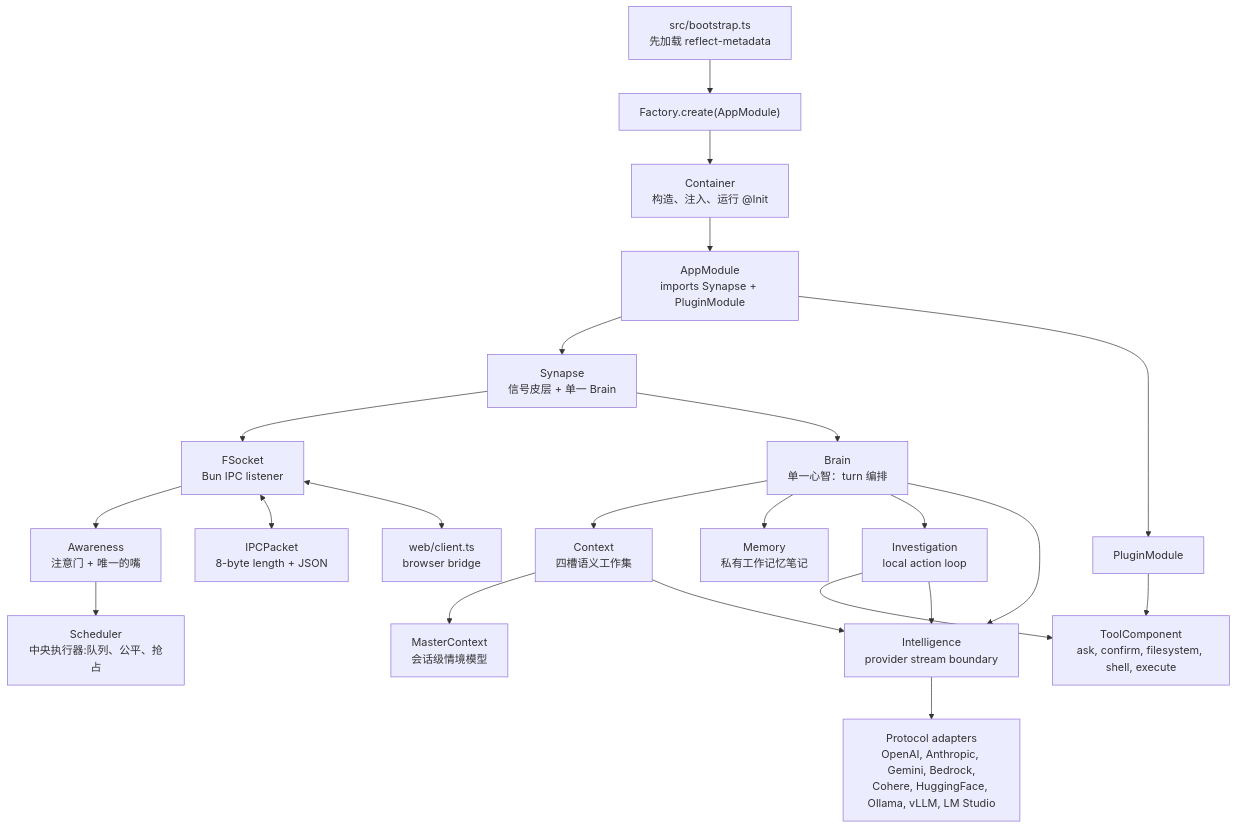
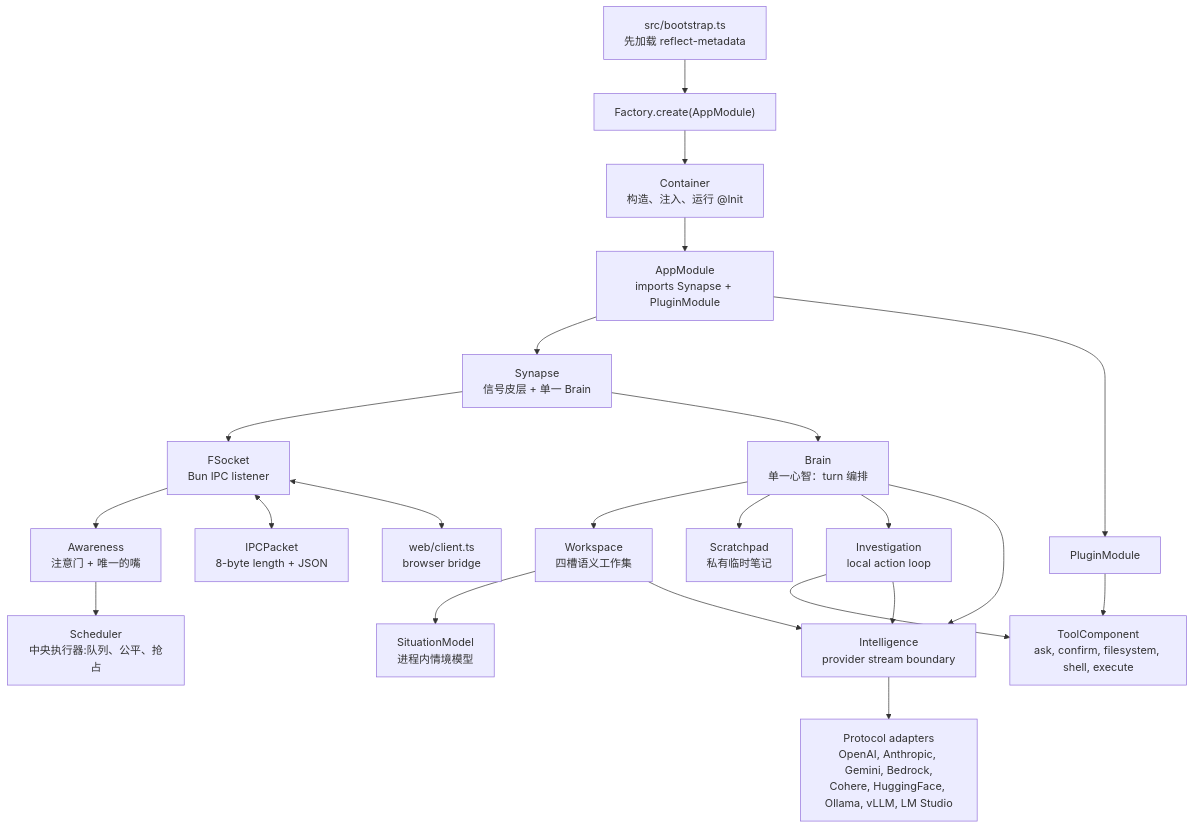
Before and after one commit to flyflor/flyflor: the first of 3 diagrams in README.zh.cn.md, drawn with Mermaid. The commit also changed other lines of this file and 48 other files, not shown here.

````diff
--- a/README.zh.cn.md
+++ b/README.zh.cn.md
@@ -28,27 +28,27 @@
 ```mermaid
 flowchart TB
     Bootstrap["src/bootstrap.ts<br/>先加载 reflect-metadata"] --> Factory["Factory.create(AppModule)"]
     Factory --> Container["Container<br/>构造、注入、运行 @Init"]
     Container --> AppModule["AppModule<br/>imports Synapse + PluginModule"]
 
     AppModule --> Synapse["Synapse<br/>信号皮层 + 单一 Brain"]
     AppModule --> PluginModule["PluginModule"]
     PluginModule --> Tools["ToolComponent<br/>ask, confirm, filesystem, shell, execute"]
 
     Synapse --> Socket["FSocket<br/>Bun IPC listener"]
     Socket --> Awareness["Awareness<br/>注意门 + 唯一的嘴"]
     Awareness --> Scheduler["Scheduler<br/>中央执行器:队列、公平、抢占"]
     Socket <--> Packet["IPCPacket<br/>8-byte length + JSON"]
     Socket <--> Client["web/client.ts<br/>browser bridge"]
 
     Synapse --> Brain["Brain<br/>单一心智：turn 编排"]
-    Brain --> Context["Context<br/>四槽语义工作集"]
-    Context --> MasterContext["MasterContext<br/>会话级情境模型"]
-    Brain --> Memory["Memory<br/>私有工作记忆笔记"]
+    Brain --> Workspace["Workspace<br/>四槽语义工作集"]
+    Workspace --> SituationModel["SituationModel<br/>进程内情境模型"]
+    Brain --> Scratchpad["Scratchpad<br/>私有临时笔记"]
     Brain --> Investigation["Investigation<br/>local action loop"]
     Brain --> Intelligence["Intelligence<br/>provider stream boundary"]
-    Context --> Intelligence
+    Workspace --> Intelligence
     Investigation --> Tools
     Investigation --> Intelligence
     Intelligence --> Protocols["Protocol adapters<br/>OpenAI, Anthropic, Gemini, Bedrock,<br/>Cohere, HuggingFace, Ollama, vLLM, LM Studio"]
 ```
````
